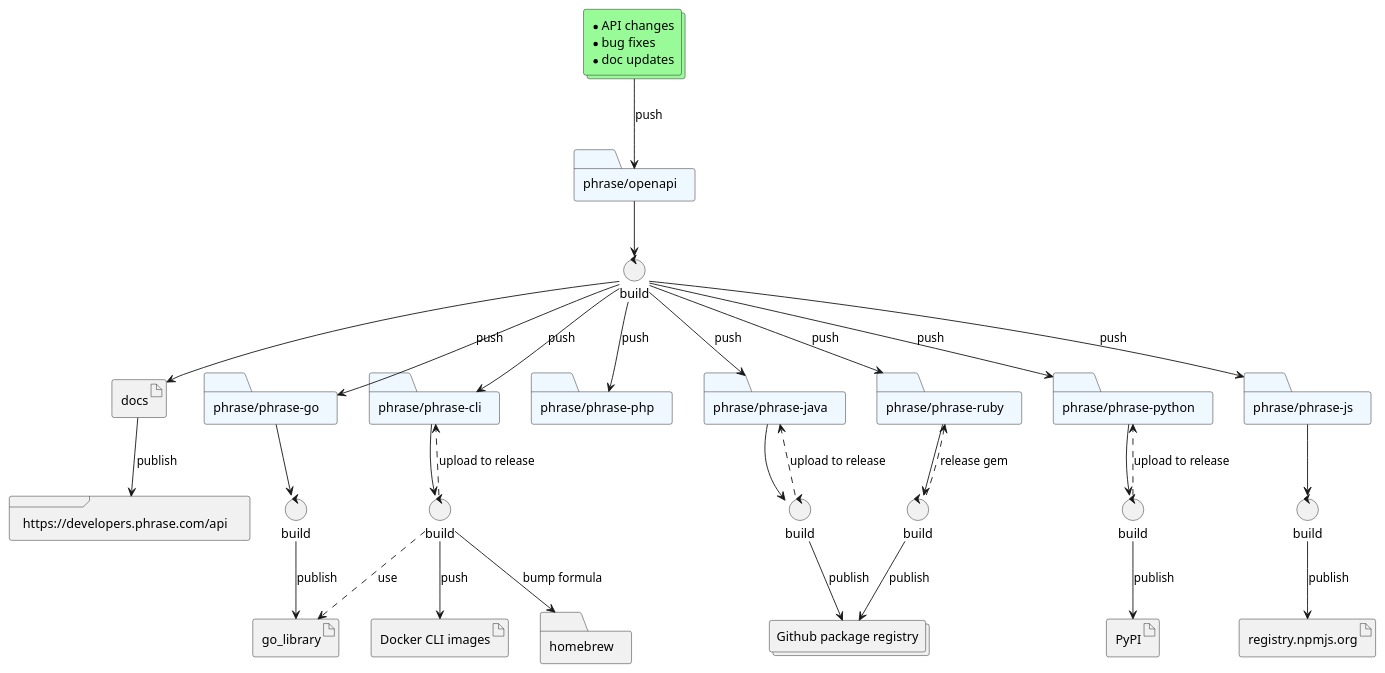
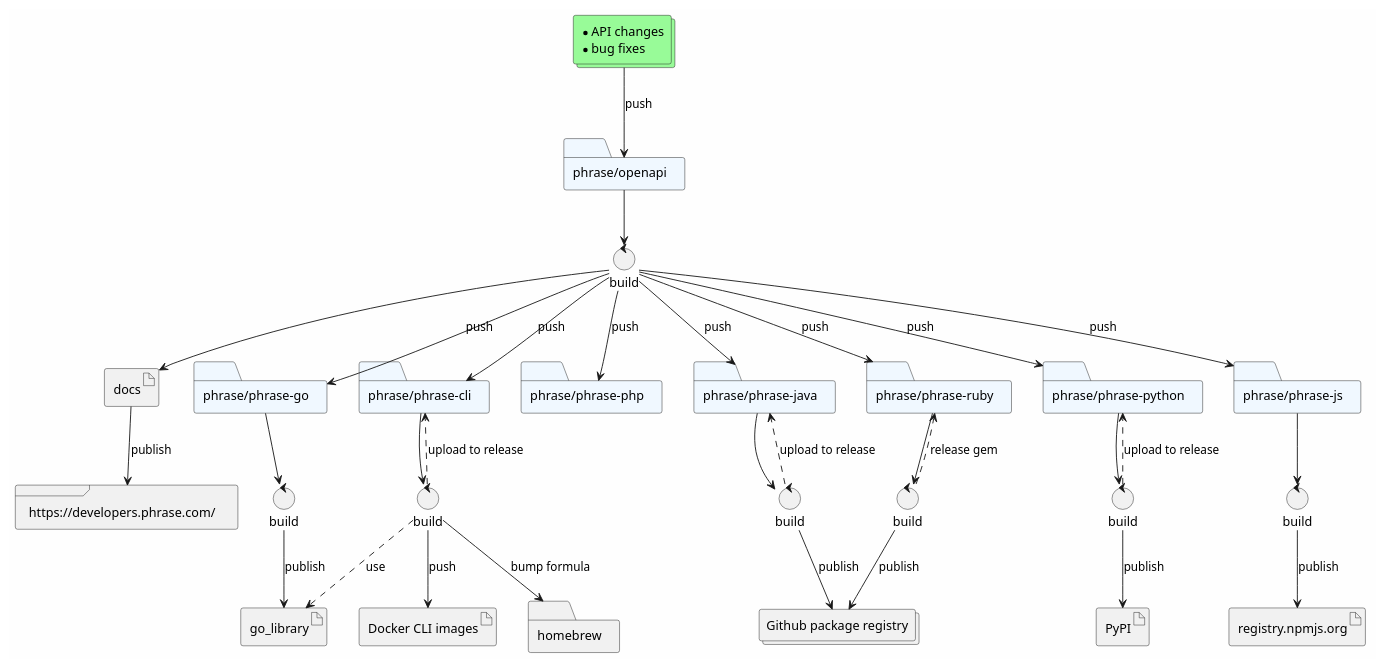
Before and after one commit to phrase/openapi: the diagram in docs/workflow.plantuml, drawn with PlantUML. The commit also changed 24 other files, not shown here.

```diff
--- a/docs/workflow.plantuml
+++ b/docs/workflow.plantuml
@@ -1,69 +1,70 @@
 @startuml "openapi workflow"
+skinparam backgroundColor #fefefe
 
-collections "* API changes\n* bug fixes\n* doc updates" as changes #PaleGreen
+collections "* API changes\n* bug fixes" as changes #PaleGreen
 folder "phrase/openapi" as openapi #AliceBlue
 control "build" as actions
 
 artifact docs
-frame "https://developers.phrase.com/api" as developers
+frame "https://developers.phrase.com/" as developers
 
 folder "phrase/phrase-go" as go #AliceBlue
 folder "phrase/phrase-cli" as cli #AliceBlue
 folder "phrase/phrase-php" as php #AliceBlue
 folder "phrase/phrase-java" as java #AliceBlue
 folder "phrase/phrase-python" as python #AliceBlue
 folder "phrase/phrase-ruby" as ruby #AliceBlue
 folder "phrase/phrase-js" as js #AliceBlue
 
 
 control "build" as go_actions
 control "build" as build_cli
 control "build" as build_java
 control "build" as build_js
 control "build" as build_ruby
 control "build" as build_python
 
 artifact go_library
 artifact "Docker CLI images" as docker_images
 folder homebrew
 collections "Github package registry" as github_package_registry
 artifact "registry.npmjs.org" as npm
 artifact "PyPI"
 
 changes --> openapi : push
-openapi-->actions
+openapi --> actions
 actions --> docs
 docs --> developers : publish
 actions --> go : push
 actions --> php : push
 actions --> java : push
 actions --> python : push
 actions --> cli : push
 actions --> ruby : push
 actions --> js : push
 
 go --> go_actions
 go_actions --> go_library : publish
 
 cli --> build_cli
 build_cli ..> go_library : use
 build_cli --> homebrew : bump formula
 build_cli --> docker_images : push
 build_cli ..> cli : upload to release
 
 java --> build_java
 build_java ..> java : upload to release
 build_java --> github_package_registry : publish
 
 python --> build_python
 build_python ..> python : upload to release
 build_python --> PyPI : publish
 
 js --> build_js
 build_js --> npm : publish
 
 ruby --> build_ruby
 build_ruby --> github_package_registry : publish
 build_ruby ..> ruby : release gem
 
 @enduml
```
